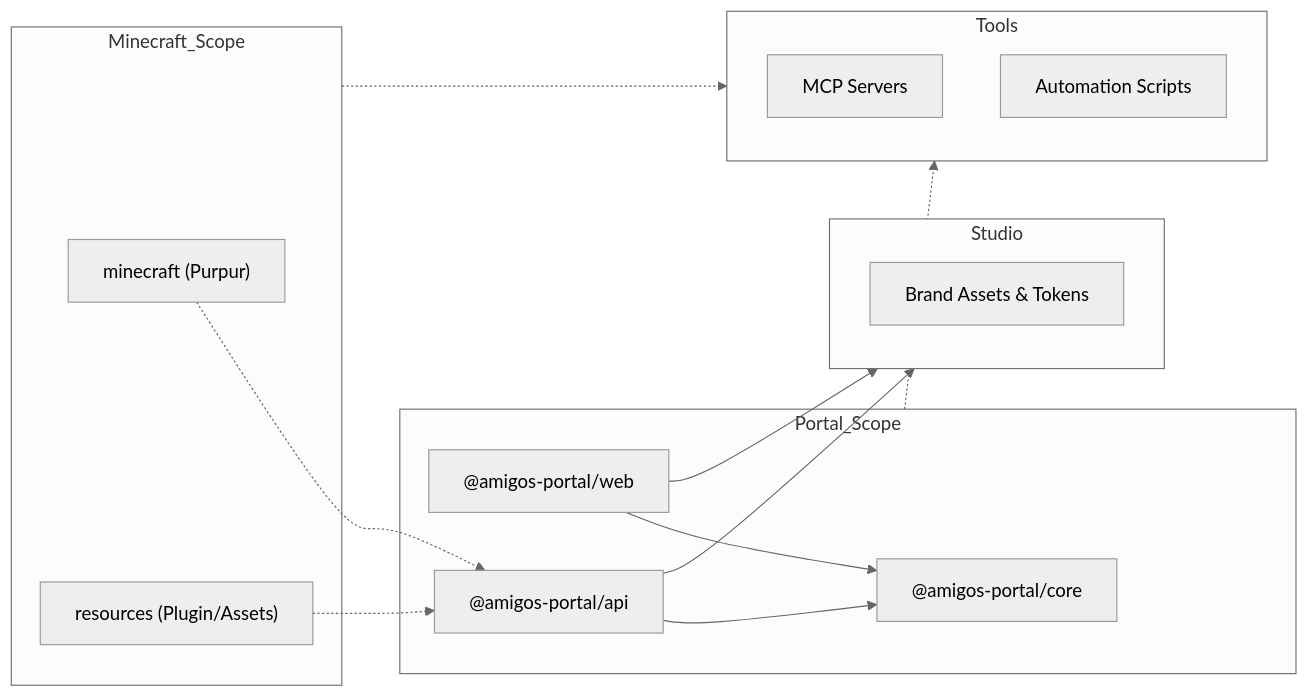
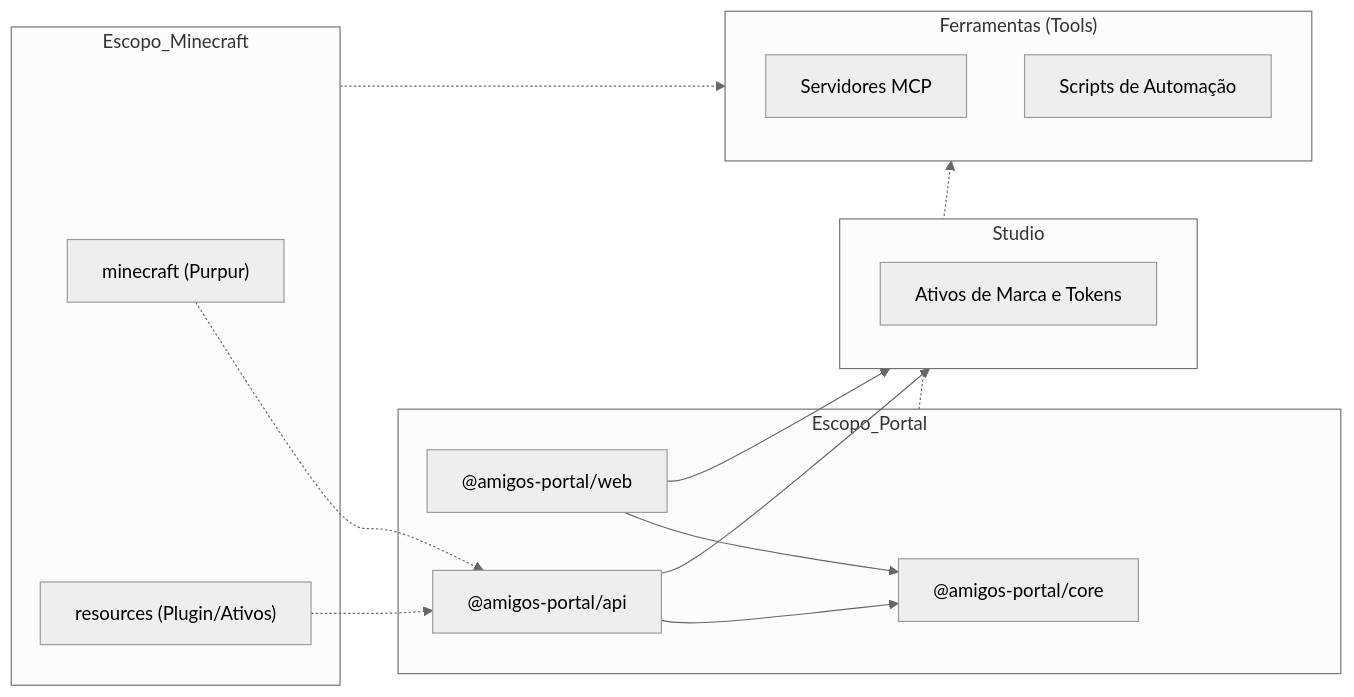
One commit to tupynambalucas/amigos-do-mine changed the diagram in knowledge-base/docs/engineering/architecture.mdx. Above: the diagram before and after it, drawn with Mermaid (neutral theme). The commit also changed other lines of this file and 136 other files, not shown here.

First line of the commit message:
Add documentation for spell creation tips, variables, and project architecture

````diff
--- a/knowledge-base/docs/engineering/architecture.mdx
+++ b/knowledge-base/docs/engineering/architecture.mdx
@@ -20,34 +20,34 @@
 ```mermaid
 graph LR
     subgraph Studio
-        S_Assets["Brand Assets & Tokens"]
+        S_Assets["Ativos de Marca e Tokens"]
     end
 
-    subgraph Tools
-        T_MCP["MCP Servers"]
-        T_Scripts["Automation Scripts"]
+    subgraph Tools["Ferramentas (Tools)"]
+        T_MCP["Servidores MCP"]
+        T_Scripts["Scripts de Automação"]
     end
 
-    subgraph Portal_Scope
+    subgraph Escopo_Portal
         P_Web["@amigos-portal/web"]
         P_API["@amigos-portal/api"]
         P_Core["@amigos-portal/core"]
     end
 
-    subgraph Minecraft_Scope
+    subgraph Escopo_Minecraft
         M_Server["minecraft (Purpur)"]
-        M_Resources["resources (Plugin/Assets)"]
+        M_Resources["resources (Plugin/Ativos)"]
     end
 
     P_Web --> P_Core
     P_API --> P_Core
     
     P_Web --> Studio
     P_API --> Studio
 
     M_Server -.-> P_API
     M_Resources -.-> P_API
     
-    Portal_Scope -.-> Tools
-    Minecraft_Scope -.-> Tools
+    Escopo_Portal -.-> Tools
+    Escopo_Minecraft -.-> Tools
 ```
````
